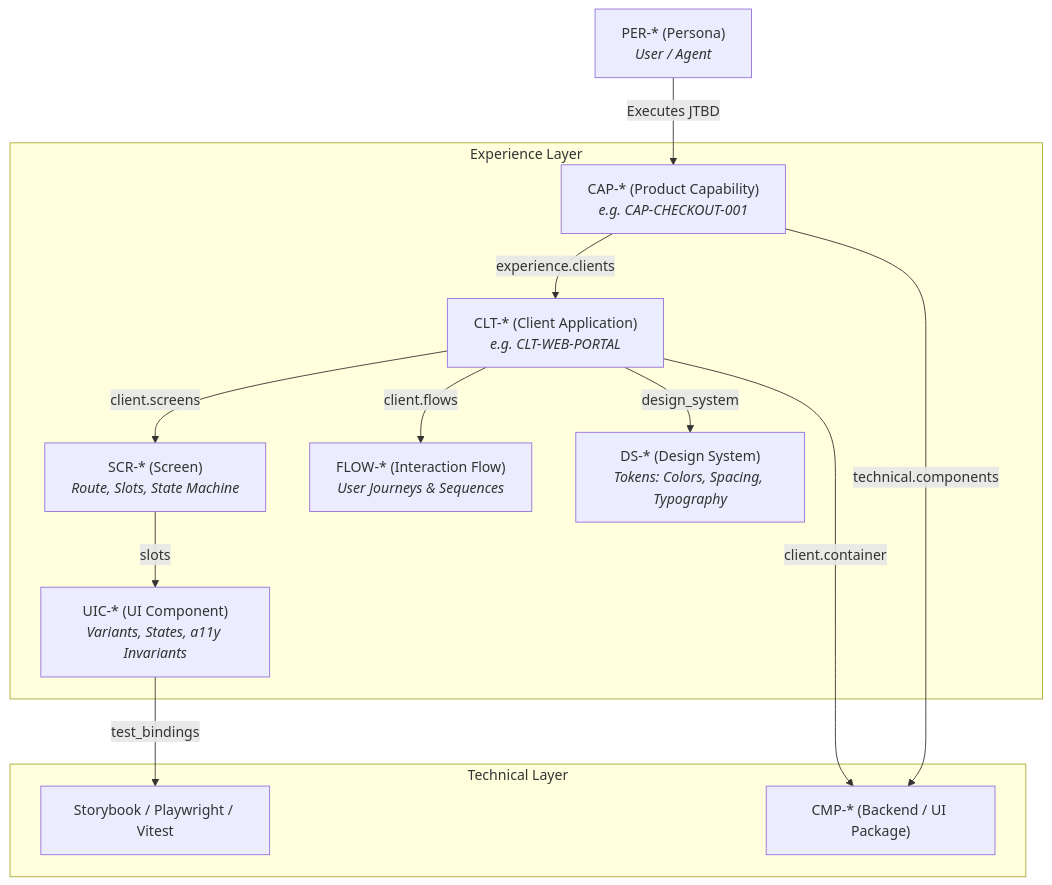
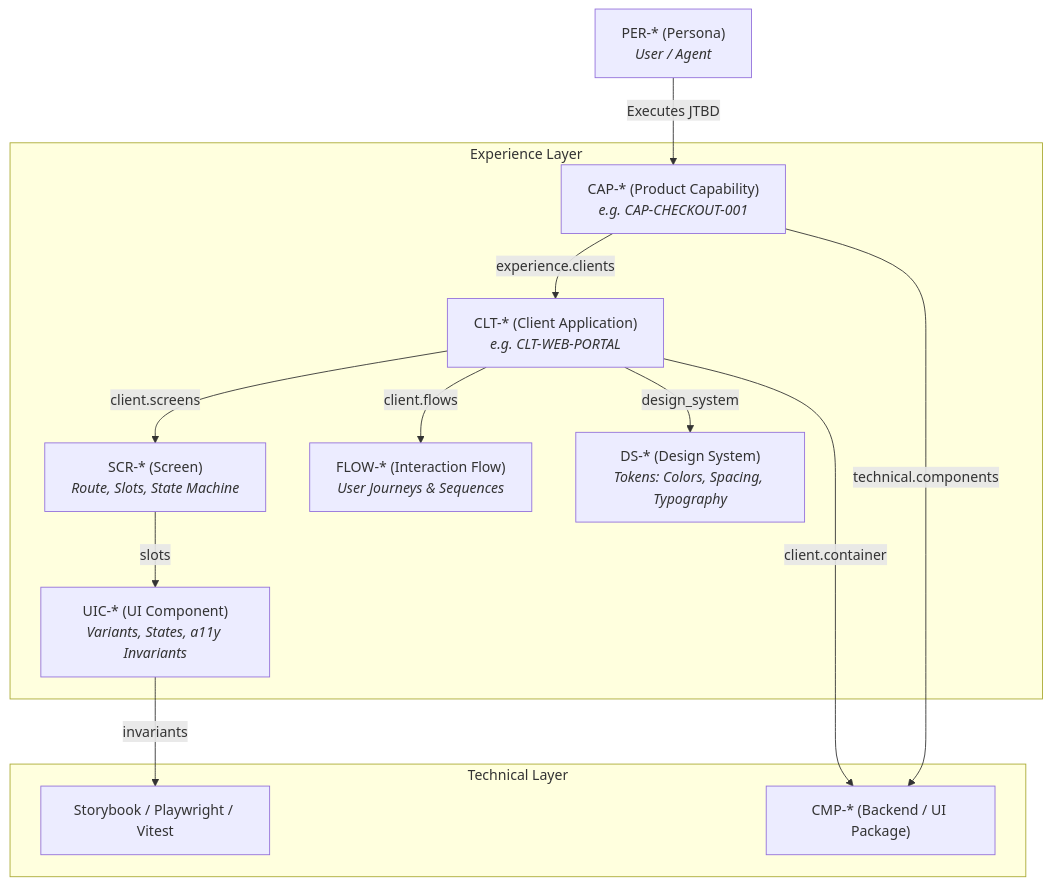
The diagram in docs/concepts/design.md (mchawa/eidos), drawn with Mermaid before and after one commit. The commit also changed other lines of this file and 252 other files, not shown here.

Commit message:
refactor(schemas,core,index,portal,docs): streamline v1 schemas, derive schema from type, extract adoc templates, and derive AST component dependencies (DLT-2026-093)

````diff
--- a/docs/concepts/design.md
+++ b/docs/concepts/design.md
@@ -13,18 +13,18 @@
 ```mermaid
 graph TD
     PER["PER-* (Persona)<br/><i>User / Agent</i>"] -->|Executes JTBD| CAP["CAP-* (Product Capability)<br/><i>e.g. CAP-CHECKOUT-001</i>"]
     
     subgraph Experience Layer
         CAP -->|experience.clients| CLT["CLT-* (Client Application)<br/><i>e.g. CLT-WEB-PORTAL</i>"]
         CLT -->|client.screens| SCR["SCR-* (Screen)<br/><i>Route, Slots, State Machine</i>"]
         CLT -->|client.flows| FLOW["FLOW-* (Interaction Flow)<br/><i>User Journeys & Sequences</i>"]
         SCR -->|slots| UIC["UIC-* (UI Component)<br/><i>Variants, States, a11y Invariants</i>"]
         CLT -->|design_system| DS["DS-* (Design System)<br/><i>Tokens: Colors, Spacing, Typography</i>"]
     end
     
     subgraph Technical Layer
         CLT -->|client.container| CMP["CMP-* (Backend / UI Package)"]
         CAP -->|technical.components| CMP
-        UIC -->|test_bindings| TEST["Storybook / Playwright / Vitest"]
+        UIC -->|invariants| TEST["Storybook / Playwright / Vitest"]
     end
 ```
````
